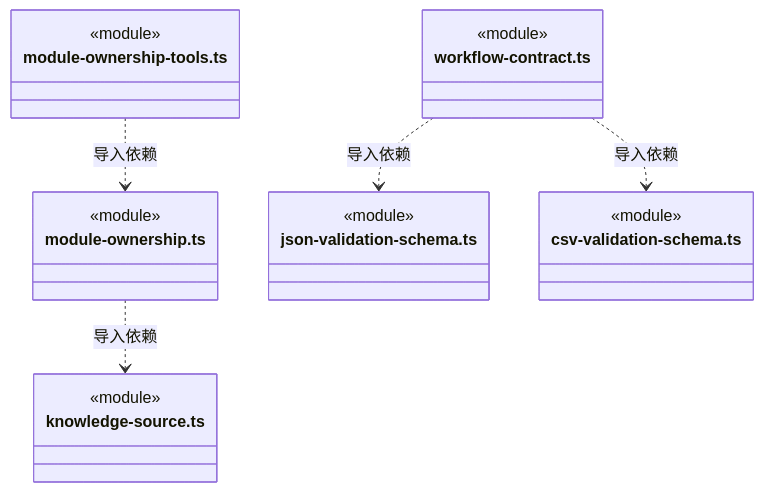
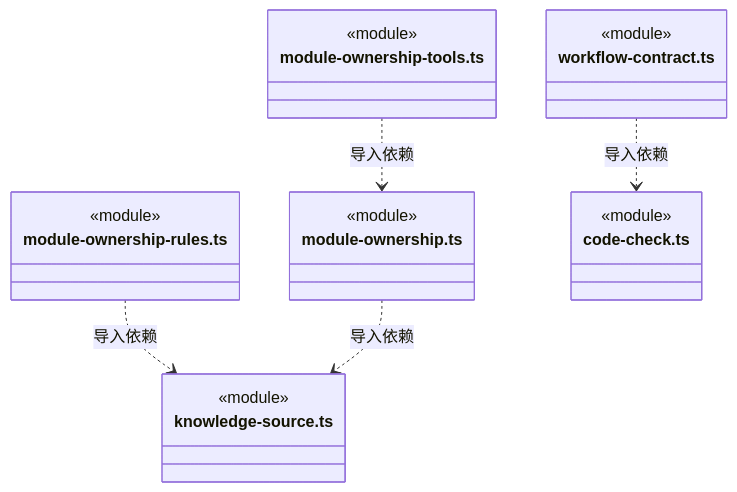
Diagram 36 of 38 in src/backend/core/workspace/ARCHITECTURE.md (nan023062/cbim), drawn with Mermaid before and after one commit. The commit also changed other lines of this file and 130 other files, not shown here.

````diff
--- a/src/backend/core/workspace/ARCHITECTURE.md
+++ b/src/backend/core/workspace/ARCHITECTURE.md
@@ -800,25 +793,25 @@
 ```mermaid
 classDiagram
+class N_src_backend_core_workspace_module_ownership_rules_ts["module-ownership-rules.ts"] {
+  <<module>>
+}
+class N_src_backend_core_workspace_knowledge_source_ts["knowledge-source.ts"] {
+  <<module>>
+}
 class N_src_backend_core_workspace_module_ownership_tools_ts["module-ownership-tools.ts"] {
   <<module>>
 }
 class N_src_backend_core_workspace_module_ownership_ts["module-ownership.ts"] {
   <<module>>
 }
-class N_src_backend_core_workspace_knowledge_source_ts["knowledge-source.ts"] {
-  <<module>>
-}
 class N_src_backend_core_workspace_workflow_contract_ts["workflow-contract.ts"] {
   <<module>>
 }
-class N_src_backend_core_workspace_json_validation_schema_ts["json-validation-schema.ts"] {
+class N_src_backend_core_workspace_code_check_ts["code-check.ts"] {
   <<module>>
 }
-class N_src_backend_core_workspace_csv_validation_schema_ts["csv-validation-schema.ts"] {
-  <<module>>
-}
+N_src_backend_core_workspace_module_ownership_rules_ts ..> N_src_backend_core_workspace_knowledge_source_ts : 导入依赖
 N_src_backend_core_workspace_module_ownership_tools_ts ..> N_src_backend_core_workspace_module_ownership_ts : 导入依赖
 N_src_backend_core_workspace_module_ownership_ts ..> N_src_backend_core_workspace_knowledge_source_ts : 导入依赖
-N_src_backend_core_workspace_workflow_contract_ts ..> N_src_backend_core_workspace_json_validation_schema_ts : 导入依赖
-N_src_backend_core_workspace_workflow_contract_ts ..> N_src_backend_core_workspace_csv_validation_schema_ts : 导入依赖
+N_src_backend_core_workspace_workflow_contract_ts ..> N_src_backend_core_workspace_code_check_ts : 导入依赖
 ```
````
